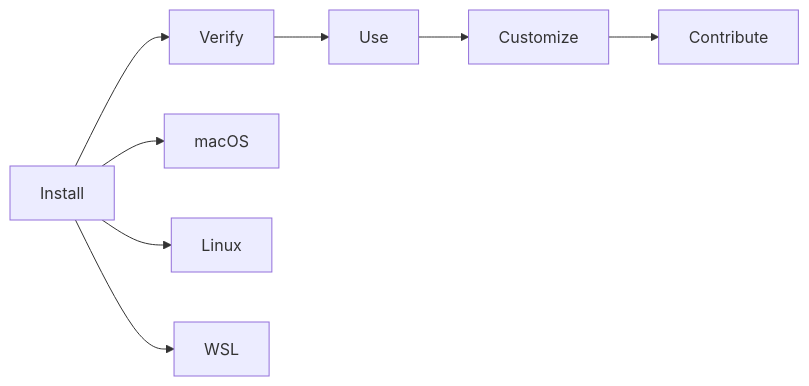
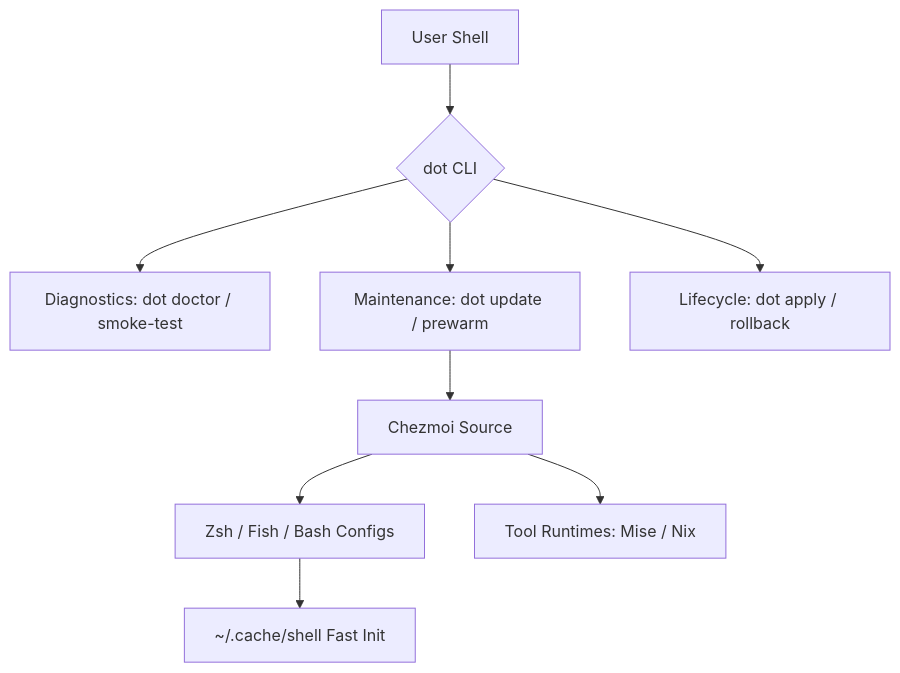
One commit to sebastienrousseau/dotfiles changed the diagram in README.md. Above: the diagram before and after it, drawn with Mermaid. The commit also changed other lines of this file, not shown here.

````diff
--- a/README.md
+++ b/README.md
@@ -89,11 +74,11 @@
 ```mermaid
-flowchart LR
-  A[Install] --> B[Verify]
-  B --> C[Use]
-  C --> D[Customize]
-  D --> E[Contribute]
-
-  A --> A1[macOS]
-  A --> A2[Linux]
-  A --> A3[WSL]
+graph TD
+    A[User Shell] --> B{dot CLI}
+    B --> C[Diagnostics: dot doctor / smoke-test]
+    B --> D[Maintenance: dot update / prewarm]
+    B --> E[Lifecycle: dot apply / rollback]
+    D --> F[Chezmoi Source]
+    F --> G[Zsh / Fish / Bash Configs]
+    F --> H[Tool Runtimes: Mise / Nix]
+    G --> I[~/.cache/shell Fast Init]
 ```
````
